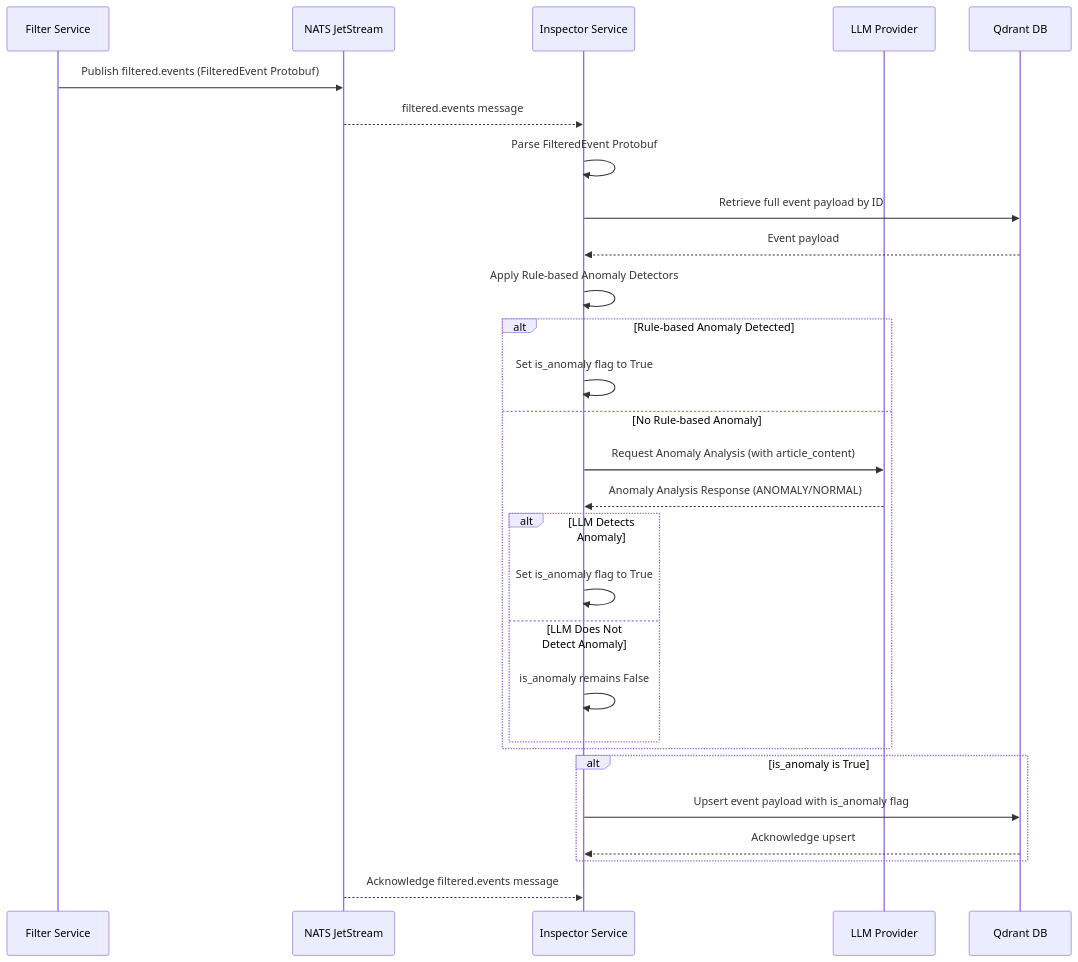
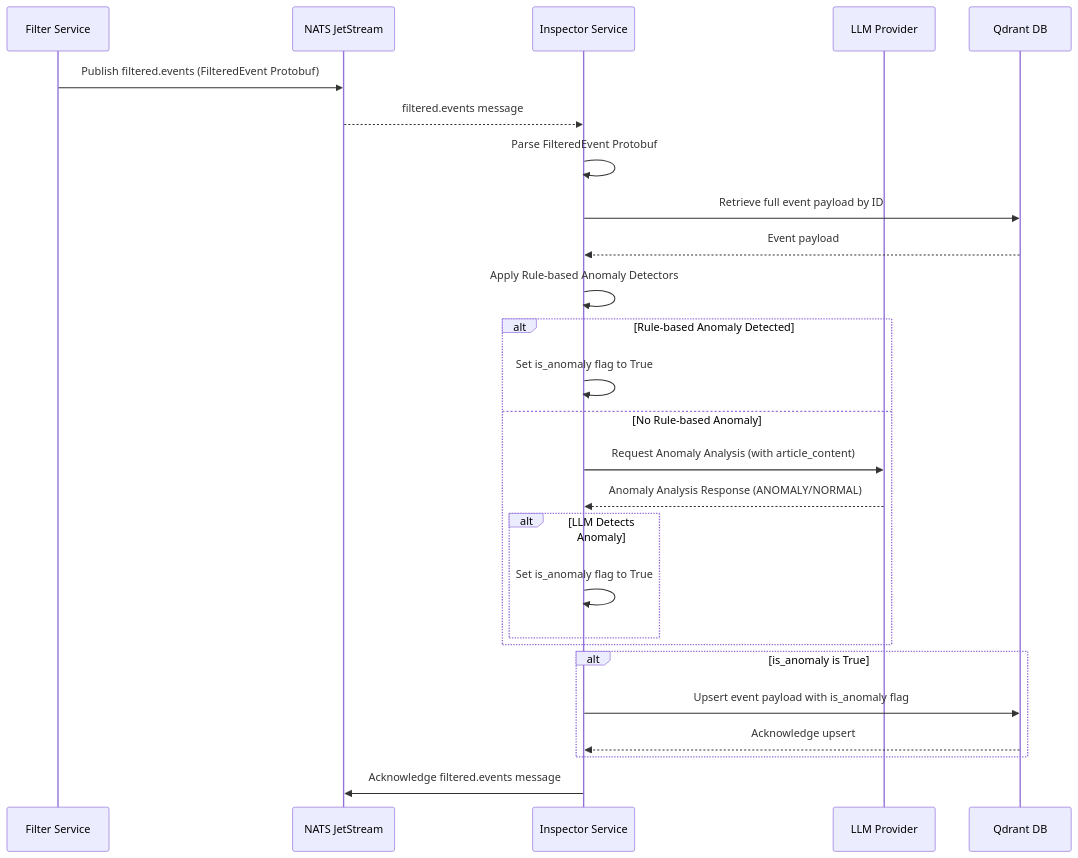
The first of 2 diagrams in docs/inspector.md (gsantopaolo/sentinel-AI), drawn with Mermaid before and after one commit. The commit also changed other lines of this file and 8 other files, not shown here.

````diff
--- a/docs/inspector.md
+++ b/docs/inspector.md
@@ -78,31 +78,29 @@
 ```mermaid
 sequenceDiagram
     participant Filter as Filter Service
     participant NATS as NATS JetStream
     participant Inspector as Inspector Service
     participant LLM as LLM Provider
     participant Qdrant as Qdrant DB
 
     Filter->>NATS: Publish filtered.events (FilteredEvent Protobuf)
     NATS-->>Inspector: filtered.events message
     Inspector->>Inspector: Parse FilteredEvent Protobuf
     Inspector->>Qdrant: Retrieve full event payload by ID
     Qdrant-->>Inspector: Event payload
     Inspector->>Inspector: Apply Rule-based Anomaly Detectors
     alt Rule-based Anomaly Detected
         Inspector->>Inspector: Set is_anomaly flag to True
     else No Rule-based Anomaly
         Inspector->>LLM: Request Anomaly Analysis (with article_content)
         LLM-->>Inspector: Anomaly Analysis Response (ANOMALY/NORMAL)
         alt LLM Detects Anomaly
             Inspector->>Inspector: Set is_anomaly flag to True
-        else LLM Does Not Detect Anomaly
-            Inspector->>Inspector: is_anomaly remains False
         end
     end
     alt is_anomaly is True
         Inspector->>Qdrant: Upsert event payload with is_anomaly flag
         Qdrant-->>Inspector: Acknowledge upsert
     end
-    NATS-->>Inspector: Acknowledge filtered.events message
+    Inspector->>NATS: Acknowledge filtered.events message
 ```
````
